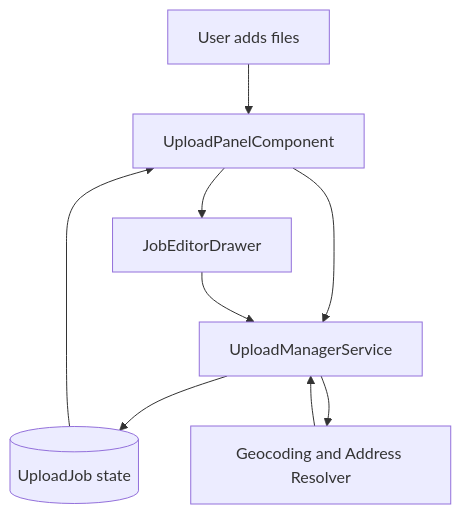
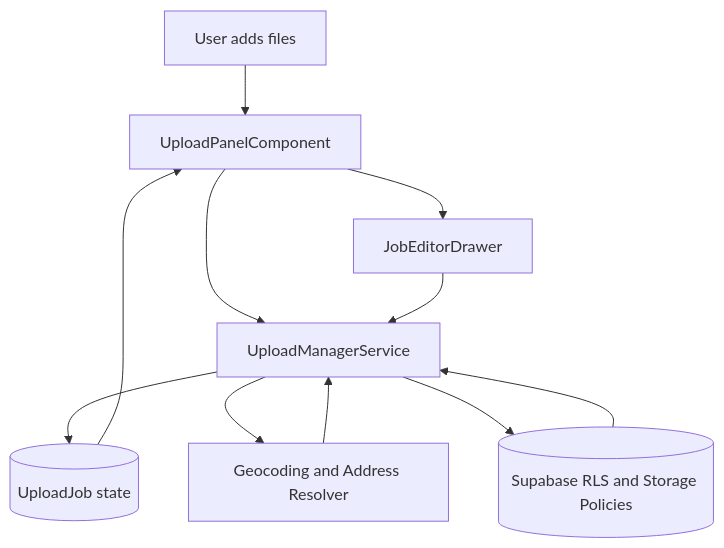
One commit to matkleve/feldpost changed the first of 3 diagrams in docs/element-specs/upload-panel.md. Above: the diagram before and after it, drawn with Mermaid. The commit also changed other lines of this file and 19 other files, not shown here.

````diff
--- a/docs/element-specs/upload-panel.md
+++ b/docs/element-specs/upload-panel.md
@@ -72,11 +80,13 @@
 ```mermaid
 flowchart TD
   U[User adds files] --> P[UploadPanelComponent]
   P --> M[UploadManagerService]
   M --> J[(UploadJob state)]
   J --> P
   P --> E[JobEditorDrawer]
   E --> M
   M --> G[Geocoding and Address Resolver]
   G --> M
+  M --> S[(Supabase RLS and Storage Policies)]
+  S --> M
 ```
````
